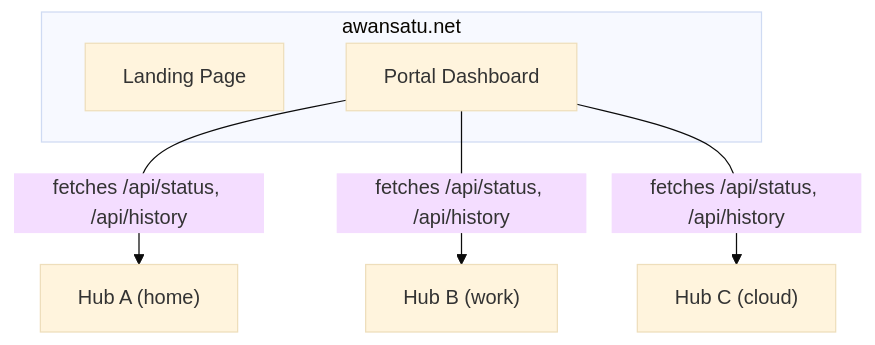
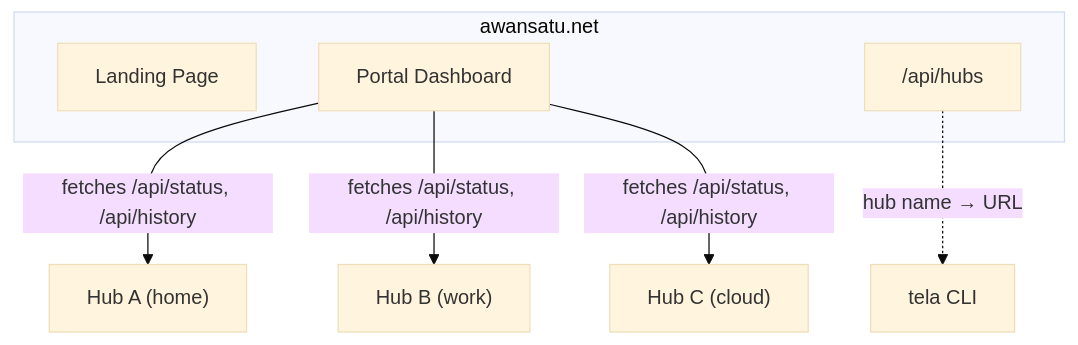
Before and after one commit to paulmooreparks/awansaya: the diagram in README.md, drawn with Mermaid (base theme). The commit also changed other lines of this file and 1 other file, not shown here.

Commit message:
Update docs and landing page for portal-based hub name resolution

````diff
--- a/README.md
+++ b/README.md
@@ -14,15 +15,17 @@
 ```mermaid
 flowchart TB
   subgraph "awansatu.net"
     LP[Landing Page]
     PD[Portal Dashboard]
+    API["/api/hubs"]
   end
 
   PD -->|"fetches /api/status, /api/history"| HA
   PD -->|"fetches /api/status, /api/history"| HB
   PD -->|"fetches /api/status, /api/history"| HC
+  API -.->|"hub name → URL"| CLI["tela CLI"]
 
   HA["Hub A (home)"]
   HB["Hub B (work)"]
   HC["Hub C (cloud)"]
 ```
````
